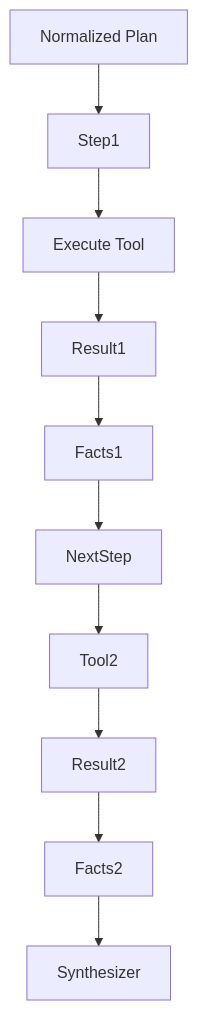
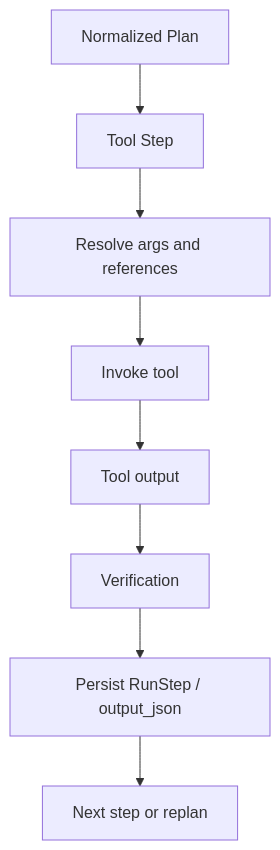
Diagram 11 of 16 in docs/diagrams.md (juaquicar/GeoAgents), drawn with Mermaid before and after one commit. The commit also changed other lines of this file and 12 other files, not shown here.

````diff
--- a/docs/diagrams.md
+++ b/docs/diagrams.md
@@ -200,22 +258,12 @@
 ```mermaid
 flowchart TD
 
 Plan[Normalized Plan]
-
-Plan --> Step1
-Step1 --> Tool1[Execute Tool]
-
-Tool1 --> Result1
-
-Result1 --> Facts1
-
-Facts1 --> NextStep
-
-NextStep --> Tool2
-
-Tool2 --> Result2
-
-Result2 --> Facts2
-
-Facts2 --> Synthesizer
+Plan --> Step1[Tool Step]
+Step1 --> Args[Resolve args and references]
+Args --> Exec[Invoke tool]
+Exec --> Out[Tool output]
+Out --> Verify[Verification]
+Verify --> Persist[Persist RunStep / output_json]
+Persist --> Next[Next step or replan]
 ```
````
